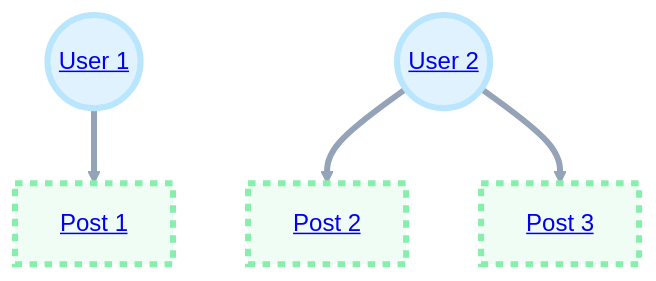
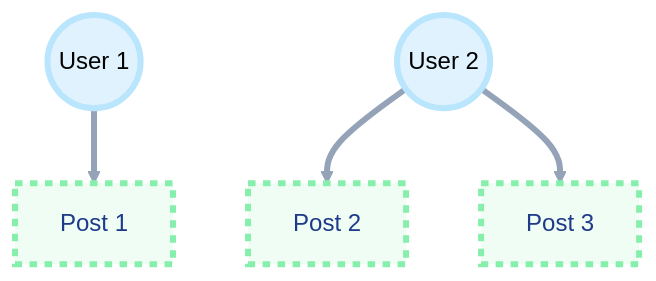
The sixth of 6 diagrams in README.md (icehouse-ventures/laravel-mermaid), drawn with Mermaid (forest theme) before and after one commit. The commit also changed other lines of this file and 16 other files, not shown here.

Commit message:
feat!: prepare Laravel 12-13 and Mermaid 11 release

````diff
--- a/README.md
+++ b/README.md
@@ -183,18 +188,18 @@
 ```mermaid
     graph TD;
         classDef user fill:#e0f2fe,stroke:#bae6fd,stroke-width:4px;
         classDef post fill:#f0fdf4,stroke:#86efac,stroke-width:4px,color:#1e3a8a,stroke-dasharray: 5 5;
         
-        U1((<a href="https//www.laravel.com">User 1</a>));
-        P1[<a href="https//www.laravel.com">Post 1</a>];
+        U1((User 1));
+        P1[Post 1];
         U1 --> P1;
-        U2((<a href="https//www.laravel.com">User 2</a>));
-        P2[<a href="https//www.laravel.com">Post 2</a>];
+        U2((User 2));
+        P2[Post 2];
         U2 --> P2;
         U2 --> P3;
-        P3[<a href="https//www.laravel.com">Post 3</a>];
+        P3[Post 3];
         
         class U1,U2 user;
         class P1,P2,P3 post;
         linkStyle default stroke:#94a3b8,stroke-width:4px;
 ```
````
